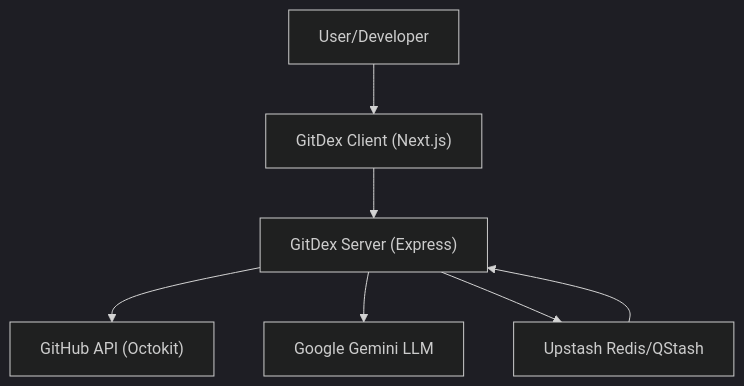
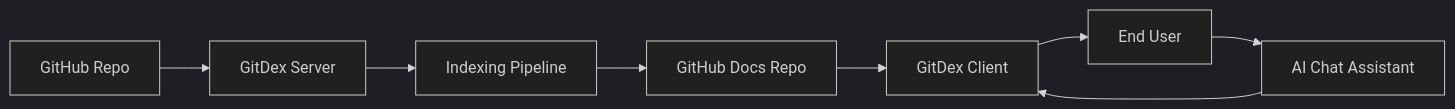
Before and after one commit to shinymacktest/gitdex-docs: the diagram in docs/shinymack/gitdex/1_introduction.mdx, drawn with Mermaid (dark theme). The commit also changed other lines of this file and 13 other files, not shown here.

Commit message:
GitDex Index: shinymack/gitdex

````diff
--- a/docs/shinymack/gitdex/1_introduction.mdx
+++ b/docs/shinymack/gitdex/1_introduction.mdx
@@ -25,9 +37,10 @@
 ```mermaid
-graph TD
-    A["User/Developer"] --> B["GitDex Client (Next.js)"]
-    B --> C["GitDex Server (Express)"]
-    C --> D["GitHub API (Octokit)"]
-    C --> E["Google Gemini LLM"]
-    C --> F["Upstash Redis/QStash"]
-    F --> C
+graph LR
+    A["GitHub Repo"] --> B["GitDex Server"]
+    B --> C["Indexing Pipeline"]
+    C --> D["GitHub Docs Repo"]
+    D --> E["GitDex Client"]
+    E --> F["End User"]
+    F --> G["AI Chat Assistant"]
+    G --> E
 ```
````
